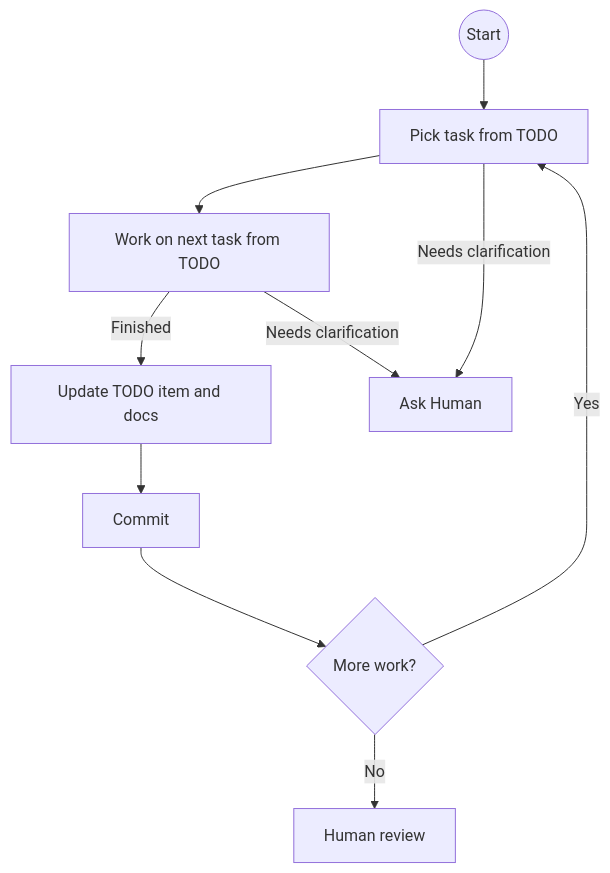
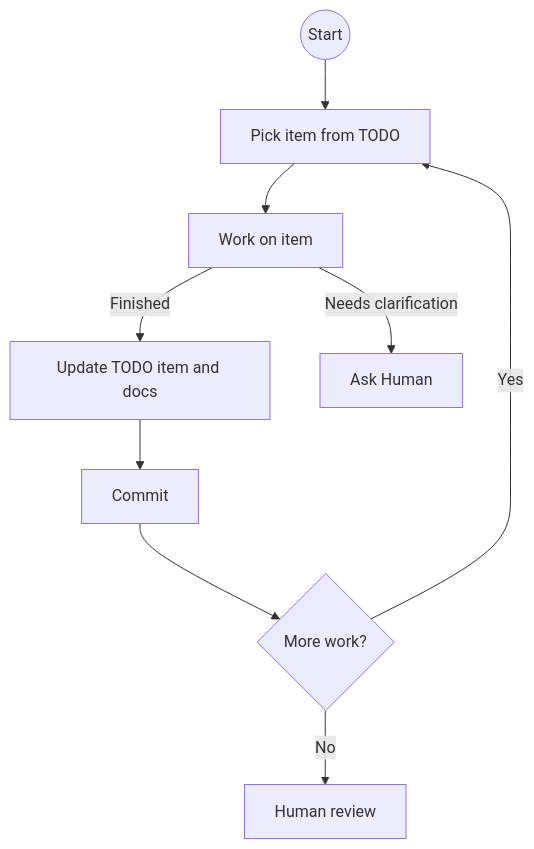
Before and after one commit to marcingurbisz/idea-execution-framework: the diagram in AGENTS.md, drawn with Mermaid. The commit also changed other lines of this file and 18 other files, not shown here.

````diff
--- a/AGENTS.md
+++ b/AGENTS.md
@@ -36,12 +36,11 @@
 ```mermaid
 flowchart TD
-    A@{ shape: circle, label: "Start" } --> B[Pick task from TODO]
-    B --> C[Work on next task from TODO]
+    A@{ shape: circle, label: "Start" } --> B[Pick item from TODO]
+    B --> C[Work on item]
     C -->|Finished| E[Update TODO item and docs]
     C -->|Needs clarification| H[Ask Human]
-    B -->|Needs clarification| H
     E --> Z["Commit"]
     Z --> G{More work?}
     G -->|Yes| B
     G -->|No| I[Human review]
 ```
````
